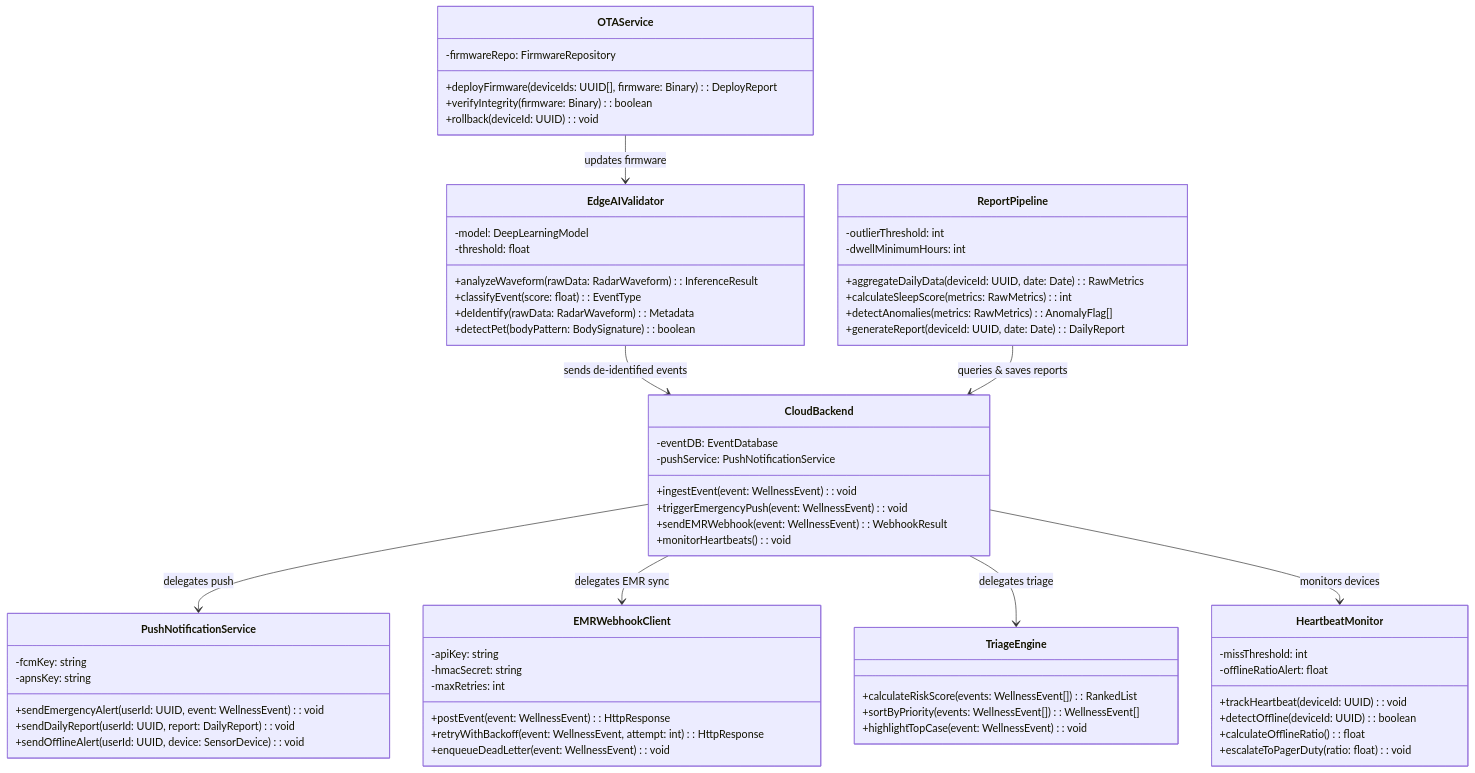
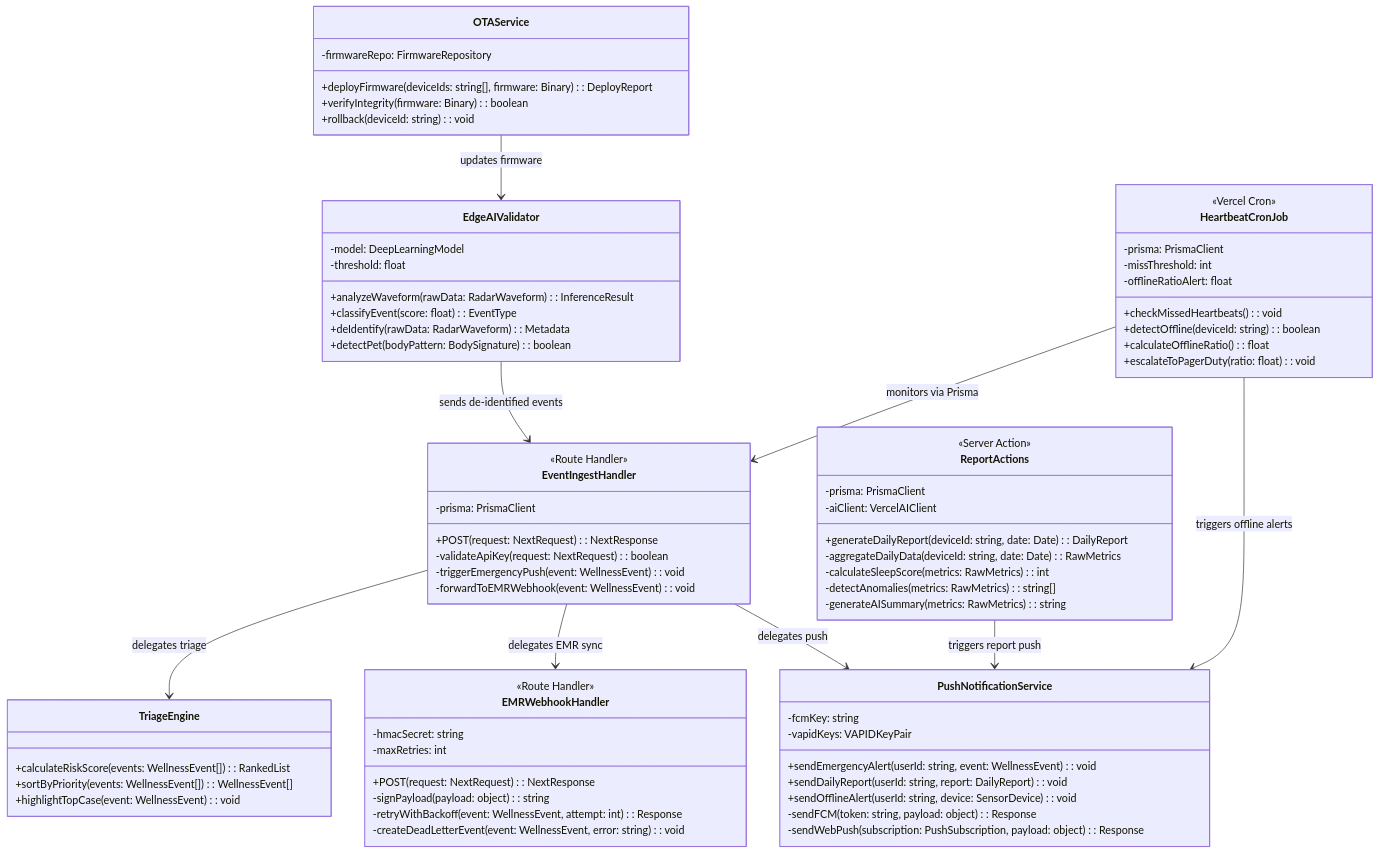
One commit to bugsmile/SRS-from-PRD_AmbieCARE changed the seventh of 11 diagrams in SRS-Draft/SRS_v01(ENG_OPUS).md. Above: the diagram before and after it, drawn with Mermaid. The commit also changed other lines of this file and 4 other files, not shown here.

````diff
--- a/SRS-Draft/SRS_v01(ENG_OPUS).md
+++ b/SRS-Draft/SRS_v01(ENG_OPUS).md
@@ -425,39 +531,55 @@
         +detectPet(bodyPattern: BodySignature): boolean
     }
 
-    class CloudBackend {
-        -eventDB: EventDatabase
-        -pushService: PushNotificationService
-        +ingestEvent(event: WellnessEvent): void
-        +triggerEmergencyPush(event: WellnessEvent): void
-        +sendEMRWebhook(event: WellnessEvent): WebhookResult
-        +monitorHeartbeats(): void
+    class EventIngestHandler {
+        <<Route Handler>>
+        -prisma: PrismaClient
+        +POST(request: NextRequest): NextResponse
+        -validateApiKey(request: NextRequest): boolean
+        -triggerEmergencyPush(event: WellnessEvent): void
+        -forwardToEMRWebhook(event: WellnessEvent): void
     }
 
-    class ReportPipeline {
-        -outlierThreshold: int
-        -dwellMinimumHours: int
-        +aggregateDailyData(deviceId: UUID, date: Date): RawMetrics
-        +calculateSleepScore(metrics: RawMetrics): int
-        +detectAnomalies(metrics: RawMetrics): AnomalyFlag[]
-        +generateReport(deviceId: UUID, date: Date): DailyReport
+    class EMRWebhookHandler {
+        <<Route Handler>>
+        -hmacSecret: string
+        -maxRetries: int
+        +POST(request: NextRequest): NextResponse
+        -signPayload(payload: object): string
+        -retryWithBackoff(event: WellnessEvent, attempt: int): Response
+        -createDeadLetterEvent(event: WellnessEvent, error: string): void
+    }
+
+    class ReportActions {
+        <<Server Action>>
+        -prisma: PrismaClient
+        -aiClient: VercelAIClient
+        +generateDailyReport(deviceId: string, date: Date): DailyReport
+        -aggregateDailyData(deviceId: string, date: Date): RawMetrics
+        -calculateSleepScore(metrics: RawMetrics): int
+        -detectAnomalies(metrics: RawMetrics): string[]
+        -generateAISummary(metrics: RawMetrics): string
     }
 
     class PushNotificationService {
         -fcmKey: string
-        -apnsKey: string
-        +sendEmergencyAlert(userId: UUID, event: WellnessEvent): void
-        +sendDailyReport(userId: UUID, report: DailyReport): void
-        +sendOfflineAlert(userId: UUID, device: SensorDevice): void
+        -vapidKeys: VAPIDKeyPair
+        +sendEmergencyAlert(userId: string, event: WellnessEvent): void
+        +sendDailyReport(userId: string, report: DailyReport): void
+        +sendOfflineAlert(userId: string, device: SensorDevice): void
+        -sendFCM(token: string, payload: object): Response
+        -sendWebPush(subscription: PushSubscription, payload: object): Response
     }
 
-    class EMRWebhookClient {
-        -apiKey: string
-        -hmacSecret: string
-        -maxRetries: int
-        +postEvent(event: WellnessEvent): HttpResponse
-        +retryWithBackoff(event: WellnessEvent, attempt: int): HttpResponse
-        +enqueueDeadLetter(event: WellnessEvent): void
+    class HeartbeatCronJob {
+        <<Vercel Cron>>
+        -prisma: PrismaClient
+        -missThreshold: int
+        -offlineRatioAlert: float
+        +checkMissedHeartbeats(): void
+        +detectOffline(deviceId: string): boolean
+        +calculateOfflineRatio(): float
+        +escalateToPagerDuty(ratio: float): void
     }
 
     class TriageEngine {
@@ -468,25 +590,17 @@
 
     class OTAService {
         -firmwareRepo: FirmwareRepository
-        +deployFirmware(deviceIds: UUID[], firmware: Binary): DeployReport
+        +deployFirmware(deviceIds: string[], firmware: Binary): DeployReport
         +verifyIntegrity(firmware: Binary): boolean
-        +rollback(deviceId: UUID): void
+        +rollback(deviceId: string): void
     }
 
-    class HeartbeatMonitor {
-        -missThreshold: int
-        -offlineRatioAlert: float
-        +trackHeartbeat(deviceId: UUID): void
-        +detectOffline(deviceId: UUID): boolean
-        +calculateOfflineRatio(): float
-        +escalateToPagerDuty(ratio: float): void
-    }
-
-    EdgeAIValidator --> CloudBackend : sends de-identified events
-    CloudBackend --> PushNotificationService : delegates push
-    CloudBackend --> EMRWebhookClient : delegates EMR sync
-    CloudBackend --> TriageEngine : delegates triage
-    CloudBackend --> HeartbeatMonitor : monitors devices
-    ReportPipeline --> CloudBackend : queries & saves reports
+    EdgeAIValidator --> EventIngestHandler : sends de-identified events
+    EventIngestHandler --> PushNotificationService : delegates push
+    EventIngestHandler --> EMRWebhookHandler : delegates EMR sync
+    EventIngestHandler --> TriageEngine : delegates triage
+    ReportActions --> PushNotificationService : triggers report push
+    HeartbeatCronJob --> PushNotificationService : triggers offline alerts
+    HeartbeatCronJob --> EventIngestHandler : monitors via Prisma
     OTAService --> EdgeAIValidator : updates firmware
 ```
````
